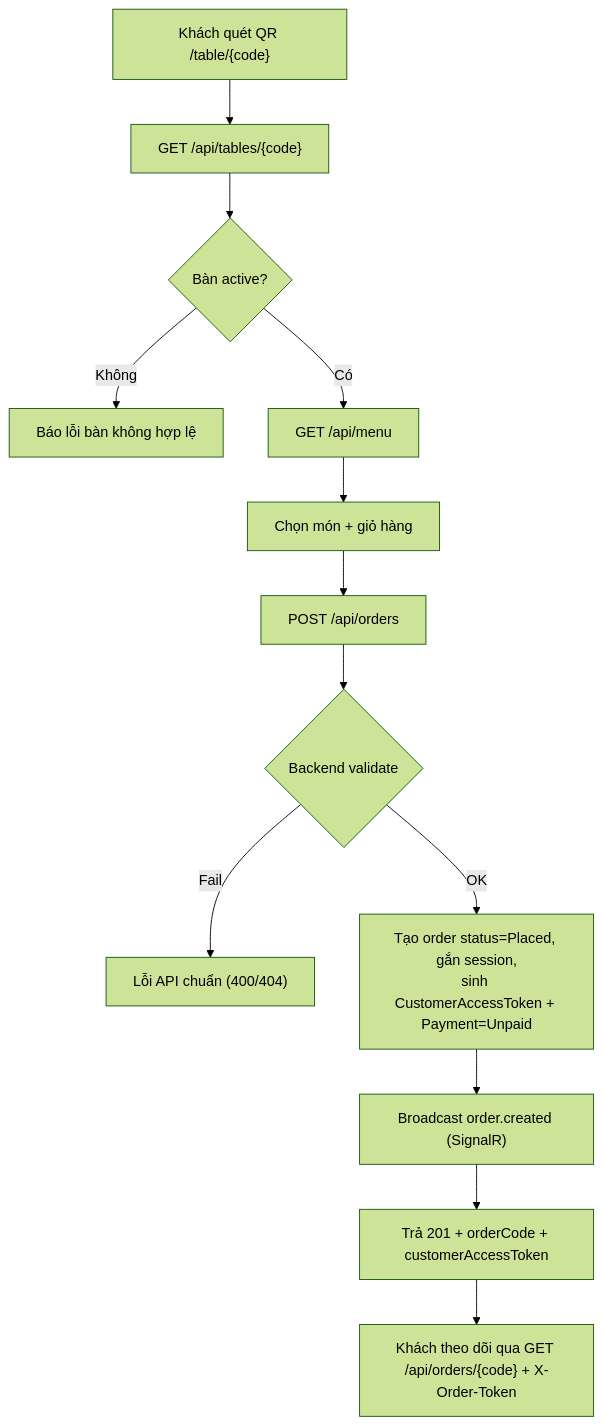
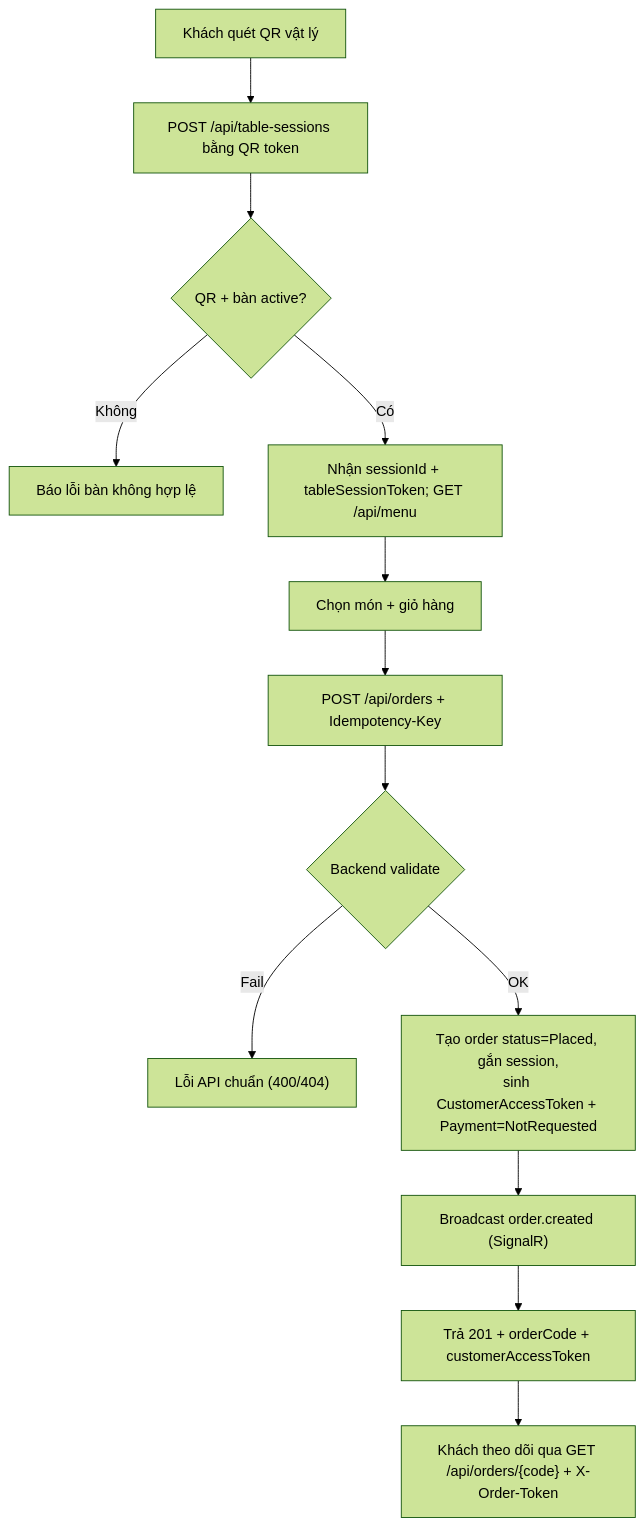
Before and after one commit to Anpham120/restaurant-qr-ai-ordering: the eighth of 12 diagrams in docs/SYSTEM_ANALYSIS_DESIGN.md, drawn with Mermaid (forest theme). The commit also changed other lines of this file and 279 other files, not shown here.

Commit message:
feat: complete table QR ordering flow

````diff
--- a/docs/SYSTEM_ANALYSIS_DESIGN.md
+++ b/docs/SYSTEM_ANALYSIS_DESIGN.md
@@ -337,15 +337,15 @@
 ```mermaid
 flowchart TD
-    A["Khách quét QR /table/{code}"] --> B["GET /api/tables/{code}"]
-    B --> C{Bàn active?}
+    A["Khách quét QR vật lý"] --> B["POST /api/table-sessions bằng QR token"]
+    B --> C{QR + bàn active?}
     C -->|Không| E1["Báo lỗi bàn không hợp lệ"]
-    C -->|Có| D["GET /api/menu"]
+    C -->|Có| D["Nhận sessionId + tableSessionToken; GET /api/menu"]
     D --> F["Chọn món + giỏ hàng"]
-    F --> G["POST /api/orders"]
+    F --> G["POST /api/orders + Idempotency-Key"]
     G --> H{Backend validate}
     H -->|Fail| E2["Lỗi API chuẩn (400/404)"]
-    H -->|OK| I["Tạo order status=Placed, gắn session,\nsinh CustomerAccessToken + Payment=Unpaid"]
+    H -->|OK| I["Tạo order status=Placed, gắn session,\nsinh CustomerAccessToken + Payment=NotRequested"]
     I --> J["Broadcast order.created (SignalR)"]
     J --> K["Trả 201 + orderCode + customerAccessToken"]
     K --> L["Khách theo dõi qua GET /api/orders/{code} + X-Order-Token"]
 ```
````
